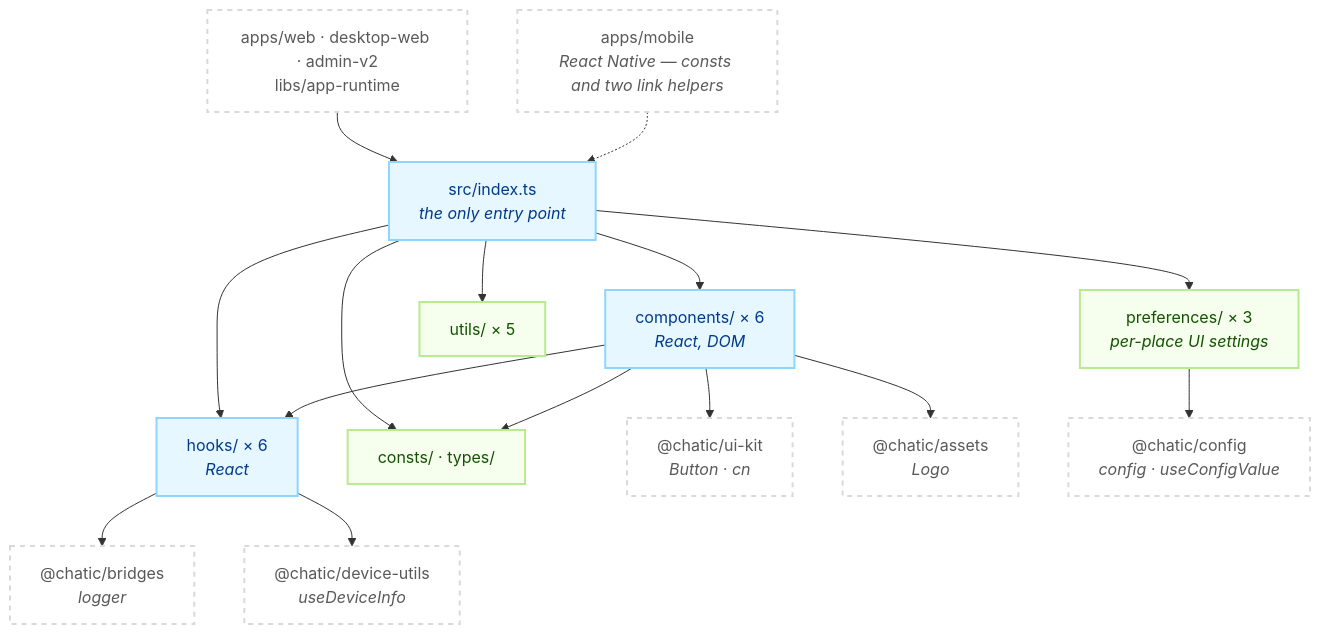
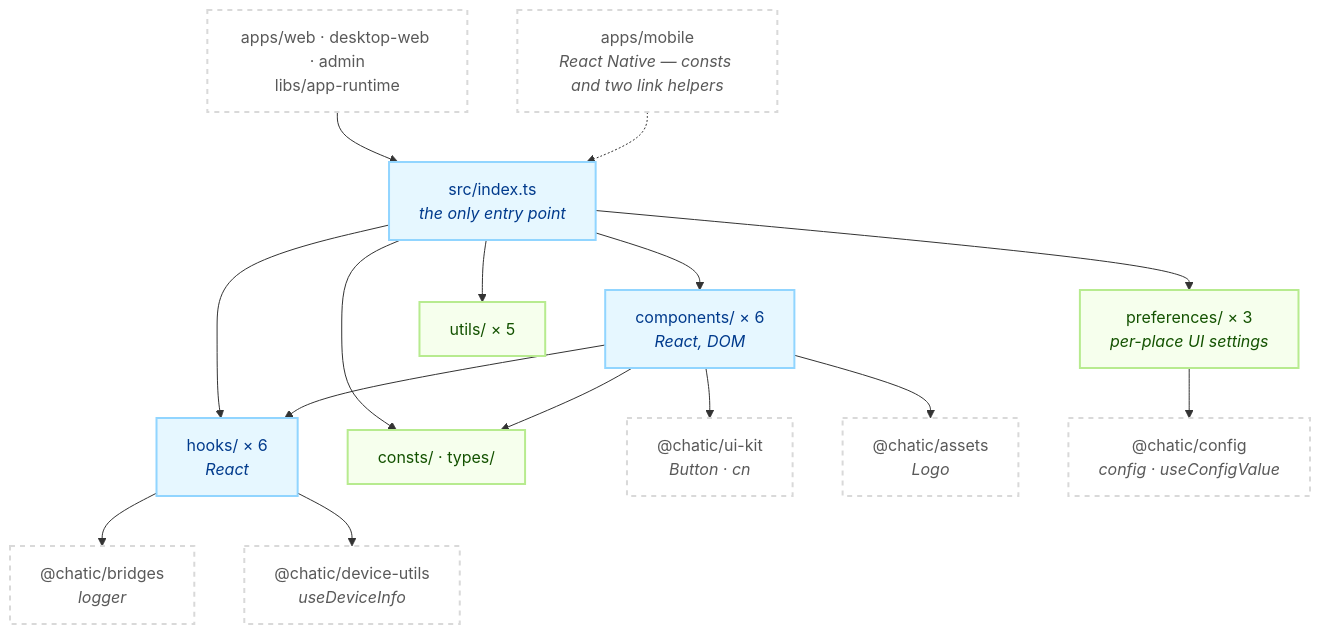
Before and after one commit to lemoncloud-io/dou-app: the first of 2 diagrams in libs/shared/README.md, drawn with Mermaid. The commit also changed other lines of this file and 484 other files, not shown here.

First line of the commit message:
refactor(admin,testbed): retire apps/testbed and rename apps/admin-v2 to apps/admin

````diff
--- a/libs/shared/README.md
+++ b/libs/shared/README.md
@@ -129,38 +129,38 @@
 ```mermaid
 flowchart TD
     classDef grp fill:#e6f7ff,stroke:#91d5ff,stroke-width:2px,color:#003a8c;
     classDef pure fill:#f6ffed,stroke:#b7eb8f,stroke-width:2px,color:#135200;
     classDef ext fill:#ffffff,stroke:#d9d9d9,stroke-width:2px,color:#595959,stroke-dasharray: 5 5;
 
-    App["apps/web · desktop-web · admin-v2<br/>libs/app-runtime"]:::ext
+    App["apps/web · desktop-web · admin<br/>libs/app-runtime"]:::ext
     RN["apps/mobile<br/><i>React Native — consts and two link helpers</i>"]:::ext
 
     Barrel["src/index.ts<br/><i>the only entry point</i>"]:::grp
 
     Comp["components/ × 6<br/><i>React, DOM</i>"]:::grp
     Hooks["hooks/ × 6<br/><i>React</i>"]:::grp
     Prefs["preferences/ × 3<br/><i>per-place UI settings</i>"]:::pure
     Utils["utils/ × 5"]:::pure
     Const["consts/ · types/"]:::pure
 
     UiKit["@chatic/ui-kit<br/><i>Button · cn</i>"]:::ext
     Assets["@chatic/assets<br/><i>Logo</i>"]:::ext
     Bridges["@chatic/bridges<br/><i>logger</i>"]:::ext
     Cfg["@chatic/config<br/><i>config · useConfigValue</i>"]:::ext
     Dev["@chatic/device-utils<br/><i>useDeviceInfo</i>"]:::ext
 
     App --> Barrel
     RN -.-> Barrel
     Barrel --> Comp
     Barrel --> Hooks
     Barrel --> Prefs
     Barrel --> Utils
     Barrel --> Const
     Comp --> Hooks
     Comp --> Const
     Comp --> UiKit
     Comp --> Assets
     Hooks --> Bridges
     Hooks --> Dev
     Prefs --> Cfg
 ```
````
